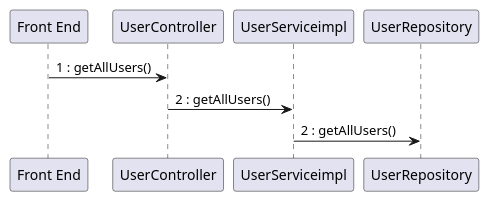
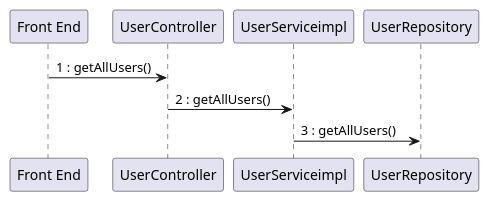
Before and after one commit to mosTavassoli/ezgas: diagram 13 of 15 in docs/DesignDocument.md, drawn with PlantUML. The commit also changed other lines of this file, not shown here.

Commit message:
docs(DesignDocument): update verification sequence diagrams

````diff
--- a/docs/DesignDocument.md
+++ b/docs/DesignDocument.md
@@ -438,7 +444,7 @@
 ```plantuml
 
 "Front End" -> UserController:1 : getAllUsers()
 UserController -> UserServiceimpl:2 : getAllUsers()
-UserServiceimpl -> UserRepository:2 : getAllUsers()
+UserServiceimpl -> UserRepository:3 : getAllUsers()
 
 ```
````
